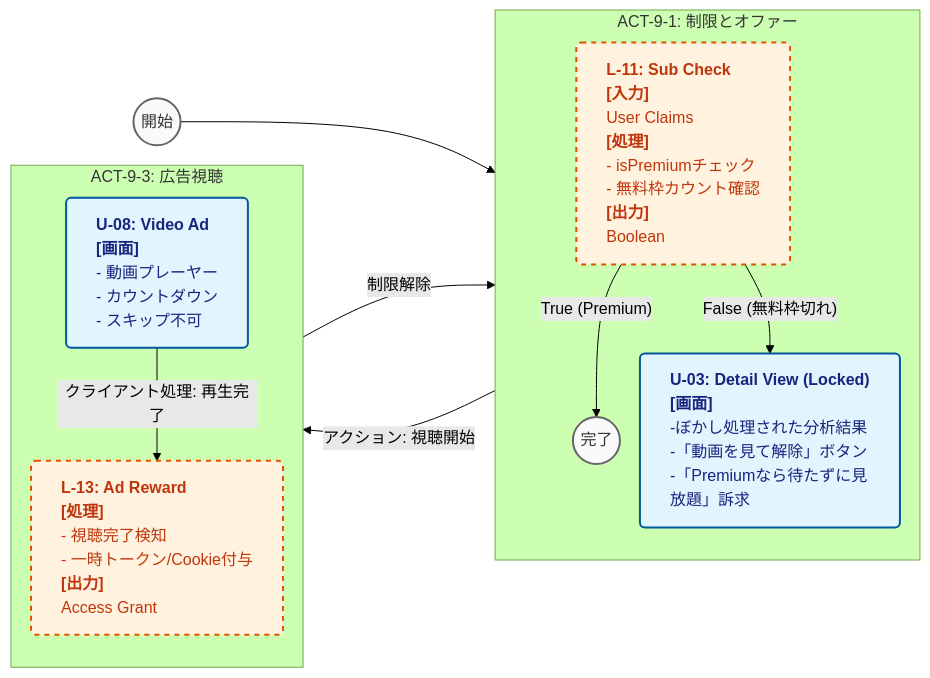
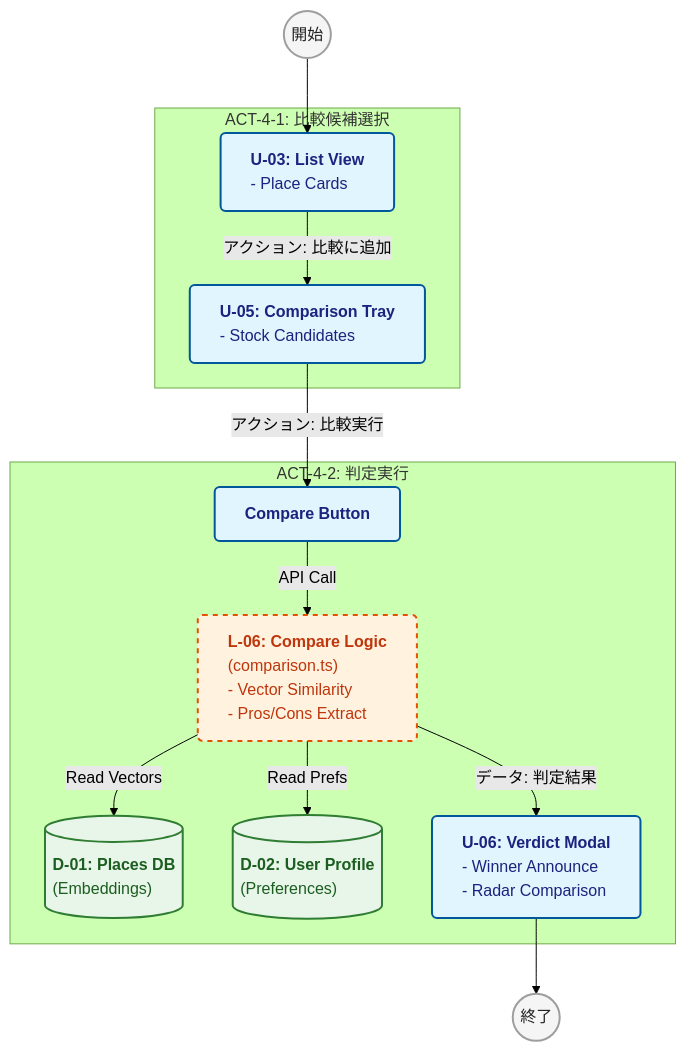
The fourth of 14 diagrams in docs/仕様書.md (plplbody/googlemap-reviews-AIanalyzer), drawn with Mermaid (forest theme) before and after one commit. The commit also changed other lines of this file and 25 other files, not shown here.

````diff
--- a/docs/仕様書.md
+++ b/docs/仕様書.md
@@ -595,36 +547,36 @@
 ```mermaid
-%%{init: {'flowchart': {'useMaxWidth': false, 'rankSpacing': 40, 'nodeSpacing': 20}}}%%
-flowchart LR
-    %% Definitions
-    classDef startend fill:#fafafa,stroke:#666,stroke-width:2px,rx:20,ry:20,color:#333
+flowchart TD
+    %% Define Classes
     classDef ui fill:#e1f5fe,stroke:#01579b,stroke-width:2px,rx:5,ry:5,color:#1a237e,text-align:left
-    classDef comp fill:#f0f4c3,stroke:#827717,stroke-width:2px,rx:5,ry:5,color:#33691e,text-align:left
+    classDef comp fill:#f9fbe7,stroke:#827717,stroke-width:2px,rx:5,ry:5,color:#33691e,text-align:left
     classDef logic fill:#fff3e0,stroke:#e65100,stroke-width:2px,stroke-dasharray: 5 5,rx:5,ry:5,color:#bf360c,text-align:left
-    classDef ai fill:#f3e5f5,stroke:#4a148c,stroke-width:2px,rx:5,ry:5,color:#4a148c,text-align:left
     classDef db fill:#e8f5e9,stroke:#2e7d32,stroke-width:2px,rx:0,ry:0,color:#1b5e20,text-align:left
-    classDef startend fill:#fafafa,stroke:#666,stroke-width:2px,rx:20,ry:20,color:#333
+    classDef startend fill:#f5f5f5,stroke:#9e9e9e,stroke-width:2px,rx:50,ry:50,color:#212121
 
-    S9_Start((開始)):::startend
-    S9_End((完了)):::startend
-    
-    subgraph ACT_9_1 ["ACT-9-1: 制限とオファー"]
-        direction TB
-        L_11_S9["<b>L-11: Sub Check</b><br/><b>[入力]</b><br/>User Claims<br/><b>[処理]</b><br/>- isPremiumチェック<br/>- 無料枠カウント確認<br/><b>[出力]</b><br/>Boolean"]:::logic
-        U_03_S9["<b>U-03: Detail View (Locked)</b><br/><b>[画面]</b><br/>-ぼかし処理された分析結果<br/>-「動画を見て解除」ボタン<br/>-「Premiumなら待たずに見放題」訴求"]:::ui
+    S4_Start((開始)):::startend
+    S4_End((終了)):::startend
+
+    subgraph ACT_4_1 ["ACT-4-1: 比較候補選択"]
+        U_03["<b>U-03: List View</b><br/>- Place Cards"]:::ui
+        U_05["<b>U-05: Comparison Tray</b><br/>- Stock Candidates"]:::ui
         
-        L_11_S9 -- "False (無料枠切れ)" --> U_03_S9
-        L_11_S9 -- "True (Premium)" --> S9_End
+        U_03 -- "アクション: 比較に追加" --> U_05
     end
 
-    subgraph ACT_9_3 ["ACT-9-3: 広告視聴"]
-        direction TB
-        U_08_S9["<b>U-08: Video Ad</b><br/><b>[画面]</b><br/>- 動画プレーヤー<br/>- カウントダウン<br/>- スキップ不可"]:::ui
-        L_13_S9["<b>L-13: Ad Reward</b><br/><b>[処理]</b><br/>- 視聴完了検知<br/>- 一時トークン/Cookie付与<br/><b>[出力]</b><br/>Access Grant"]:::logic
-
-        U_03_S9 -- "アクション: 視聴開始" --> U_08_S9
-        U_08_S9 -- "クライアント処理: 再生完了" --> L_13_S9
+    subgraph ACT_4_2 ["ACT-4-2: 判定実行"]
+        U_05_Btn["<b>Compare Button</b>"]:::ui
+        L_06["<b>L-06: Compare Logic</b><br/>(comparison.ts)<br/>- Vector Similarity<br/>- Pros/Cons Extract"]:::logic
+        D_01[("<b>D-01: Places DB</b><br/>(Embeddings)")]:::db
+        D_02[("<b>D-02: User Profile</b><br/>(Preferences)")]:::db
+        U_06["<b>U-06: Verdict Modal</b><br/>- Winner Announce<br/>- Radar Comparison"]:::ui
+        
+        U_05 -- "アクション: 比較実行" --> U_05_Btn
+        U_05_Btn -- "API Call" --> L_06
+        L_06 -- "Read Vectors" --> D_01
+        L_06 -- "Read Prefs" --> D_02
+        L_06 -- "データ: 判定結果" --> U_06
     end
 
-    S9_Start --> L_11_S9
-    L_13_S9 -- "制限解除" --> S9_End
+    S4_Start --> U_03
+    U_06 --> S4_End
 ```
````
